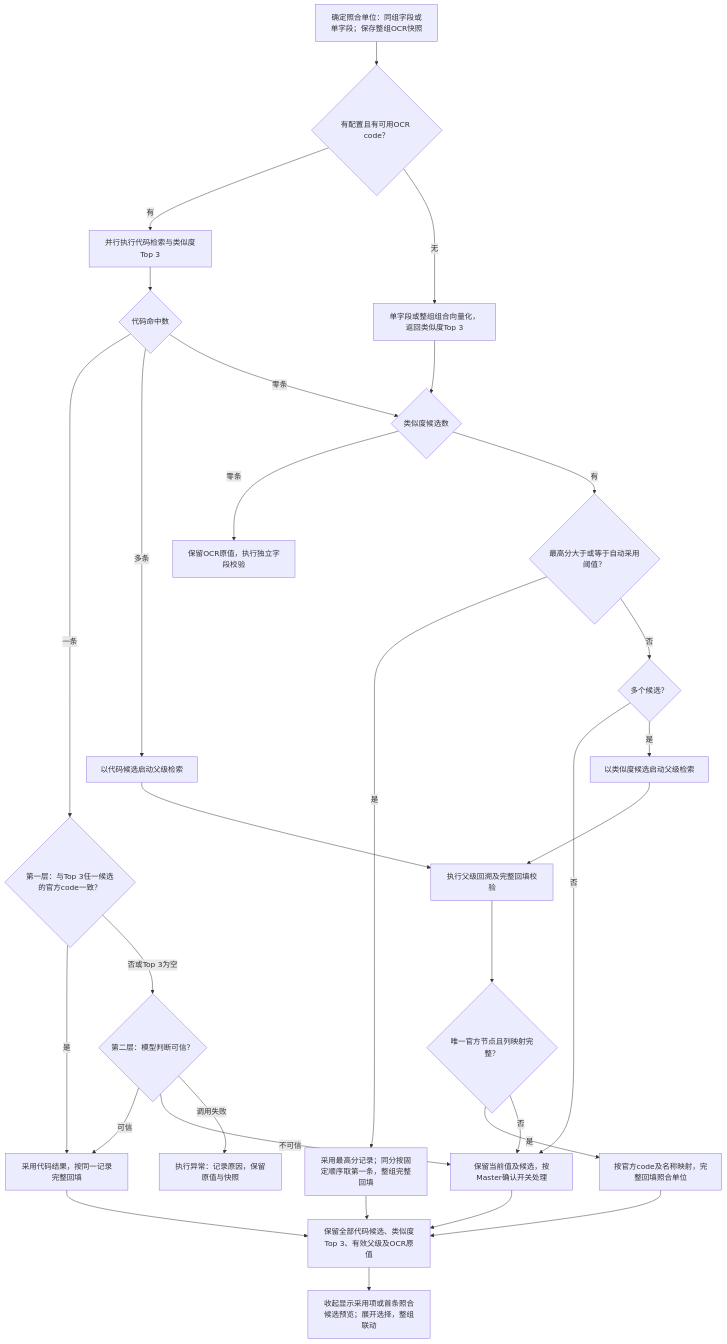
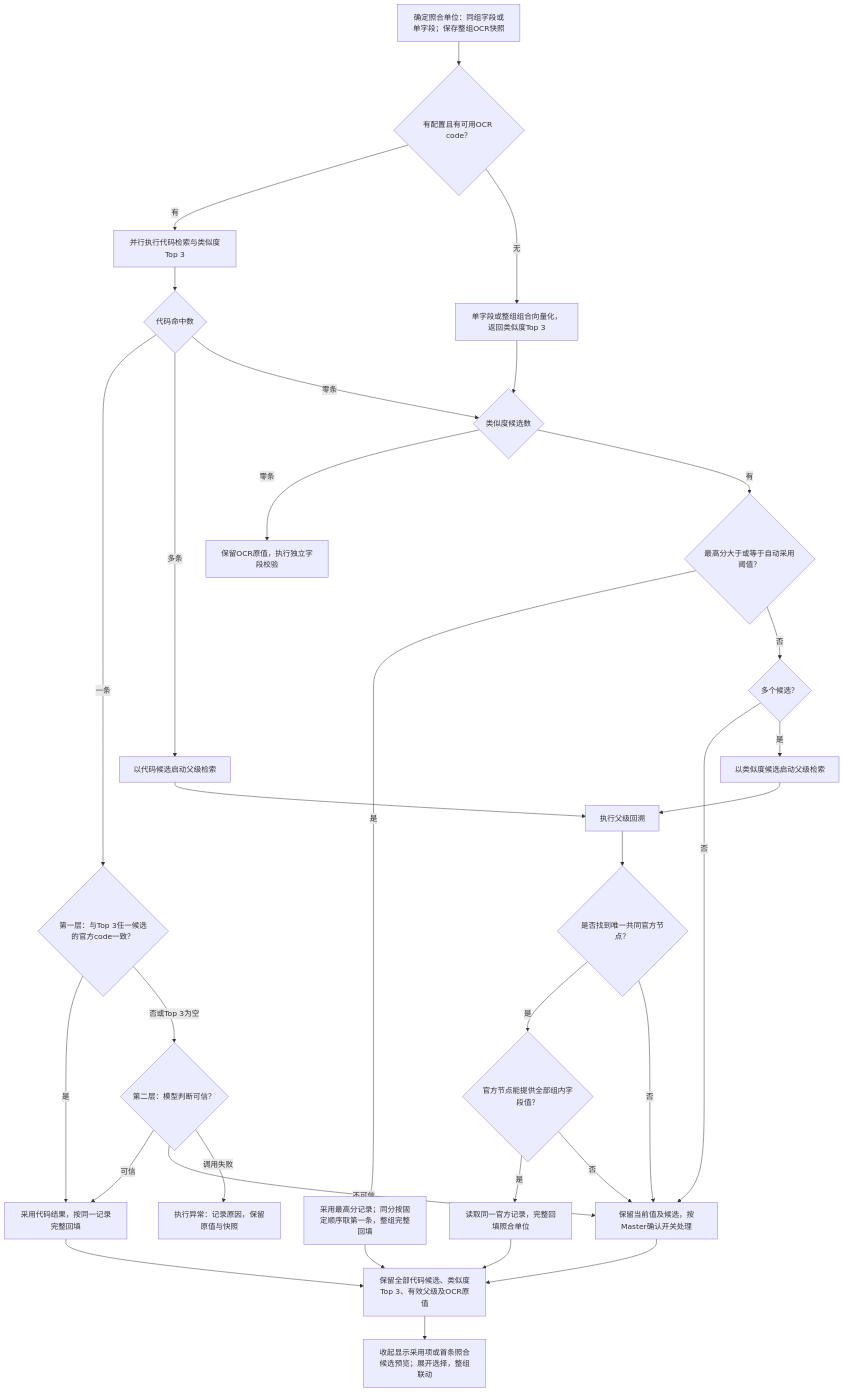
The fourth of 5 diagrams in PRD.zh-CN.md (aruirage/IDP-Ph3-Demo-PRD), drawn with Mermaid before and after one commit. The commit also changed other lines of this file and 2 other files, not shown here.

````diff
--- a/PRD.zh-CN.md
+++ b/PRD.zh-CN.md
@@ -547,32 +547,34 @@
 ```mermaid
 flowchart TD
     A["确定照合单位：同组字段或单字段；保存整组OCR快照"] --> B{"有配置且有可用OCR code？"}
     B -->|有| C["并行执行代码检索与类似度Top 3"]
     B -->|无| D["单字段或整组组合向量化，返回类似度Top 3"]
     C --> E{"代码命中数"}
     E -->|一条| F{"第一层：与Top 3任一候选的官方code一致？"}
     F -->|是| HC["采用代码结果，按同一记录完整回填"]
     F -->|否或Top 3为空| G{"第二层：模型判断可信？"}
     G -->|可信| HC
     G -->|不可信| M["保留当前值及候选，按Master确认开关处理"]
     G -->|调用失败| X["执行异常：记录原因，保留原值与快照"]
     E -->|多条| R["以代码候选启动父级检索"]
     E -->|零条| I{"类似度候选数"}
     D --> I
     I -->|零条| Z["保留OCR原值，执行独立字段校验"]
     I -->|有| K{"最高分大于或等于自动采用阈值？"}
     K -->|是| HS["采用最高分记录；同分按固定顺序取第一条，整组完整回填"]
     K -->|否| N{"多个候选？"}
     N -->|否| M
     N -->|是| R2["以类似度候选启动父级检索"]
-    R --> P["执行父级回溯及完整回填校验"]
+    R --> P["执行父级回溯"]
     R2 --> P
-    P --> Q{"唯一官方节点且列映射完整？"}
-    Q -->|是| HP["按官方code及名称映射，完整回填照合单位"]
+    P --> Q{"是否找到唯一共同官方节点？"}
+    Q -->|是| FILL{"官方节点能提供全部组内字段值？"}
+    FILL -->|是| HP["读取同一官方记录，完整回填照合单位"]
+    FILL -->|否| M
     Q -->|否| M
     HC --> V["保留全部代码候选、类似度Top 3、有效父级及OCR原值"]
     HS --> V
     HP --> V
     M --> V
     V --> W["收起显示采用项或首条照合候选预览；展开选择，整组联动"]
 ```
````
